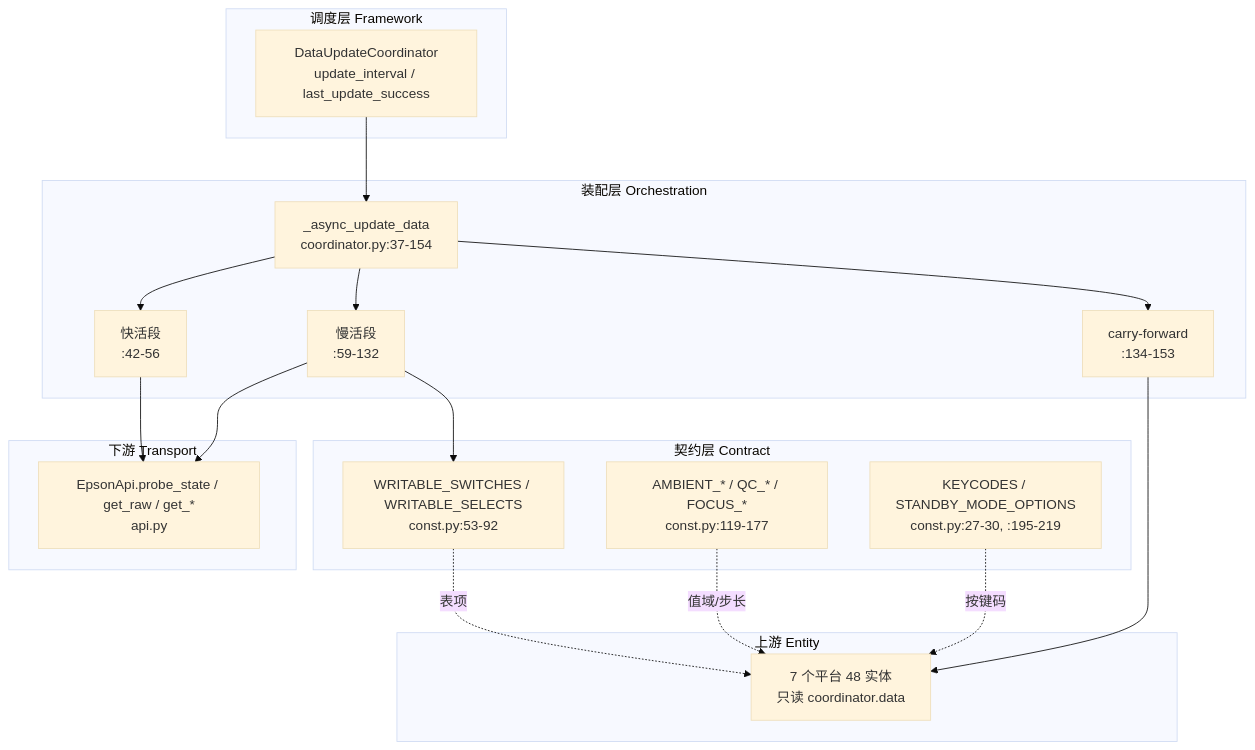
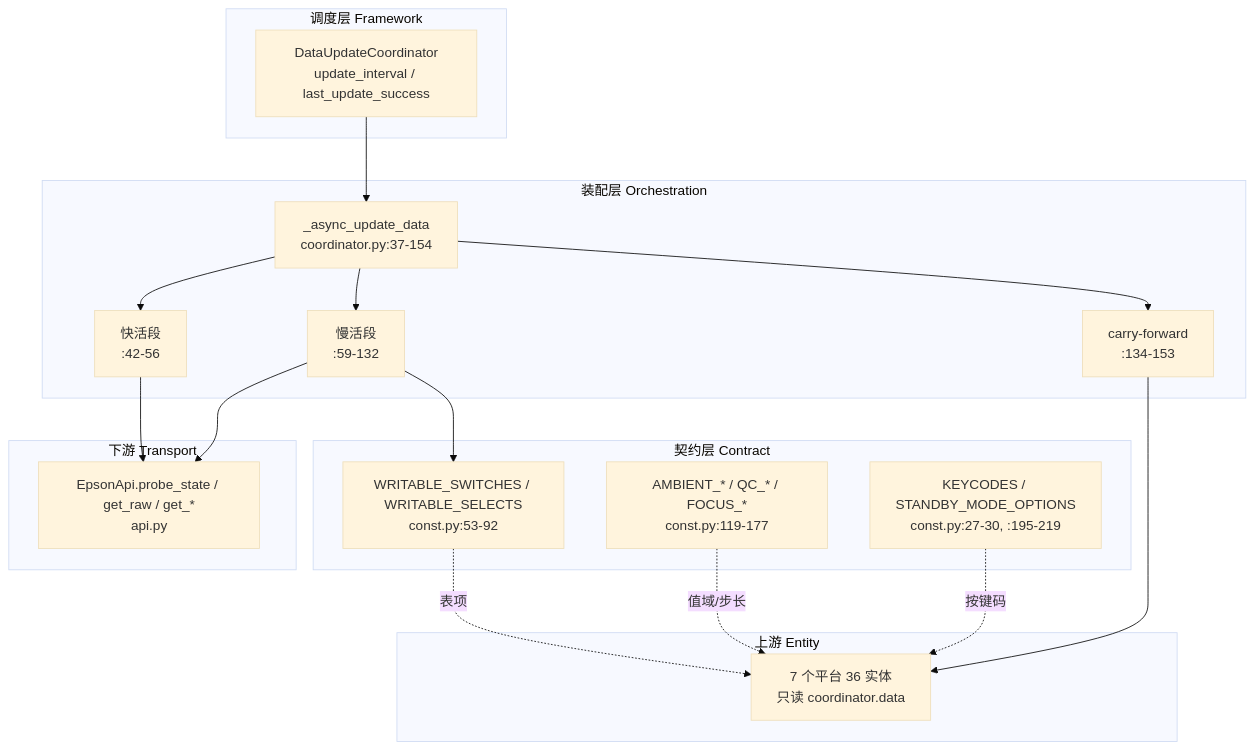
The first of 4 diagrams in docs/architecture/subsystems/state-coordinator/module_design.md (aixmoyu/ha-epson-ef-projector), drawn with Mermaid (base theme) before and after one commit. The commit also changed other lines of this file and 78 other files, not shown here.

````diff
--- a/docs/architecture/subsystems/state-coordinator/module_design.md
+++ b/docs/architecture/subsystems/state-coordinator/module_design.md
@@ -35,32 +35,32 @@
 ```mermaid
 graph TD
     subgraph 调度层 Framework
         F1["DataUpdateCoordinator<br/>update_interval / last_update_success"]
     end
     subgraph 装配层 Orchestration
         O1["_async_update_data<br/>coordinator.py:37-154"]
         O2["快活段<br/>:42-56"]
         O3["慢活段<br/>:59-132"]
         O4["carry-forward<br/>:134-153"]
     end
     subgraph 契约层 Contract
         K1["WRITABLE_SWITCHES / WRITABLE_SELECTS<br/>const.py:53-92"]
         K2["AMBIENT_* / QC_* / FOCUS_*<br/>const.py:119-177"]
         K3["KEYCODES / STANDBY_MODE_OPTIONS<br/>const.py:27-30, :195-219"]
     end
     subgraph 下游 Transport
         T1["EpsonApi.probe_state / get_raw / get_*<br/>api.py"]
     end
     subgraph 上游 Entity
-        E1["7 个平台 48 实体<br/>只读 coordinator.data"]
+        E1["7 个平台 36 实体<br/>只读 coordinator.data"]
     end
     F1 --> O1
     O1 --> O2 --> T1
     O1 --> O3 --> T1
     O3 --> K1
     O1 --> O4
     O4 --> E1
     K2 -.值域/步长.-> E1
     K3 -.按键码.-> E1
     K1 -.表项.-> E1
 ```
````
